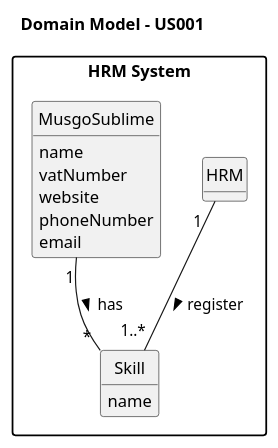
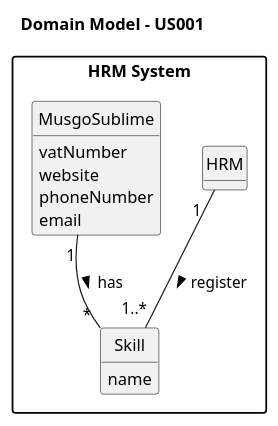
Before and after one commit to SAEmanuel/Green_Spaces_Management_ISEP: the diagram in docs/sprintA/us001/02.analysis/puml/us001-domain-model.puml, drawn with PlantUML. The commit also changed 7 other files, not shown here.

```diff
--- a/docs/sprintA/us001/02.analysis/puml/us001-domain-model.puml
+++ b/docs/sprintA/us001/02.analysis/puml/us001-domain-model.puml
@@ -1,37 +1,36 @@
 @startuml
 
 skinparam monochrome true
 skinparam packageStyle rectangle
 skinparam shadowing false
 
 'left to right direction
 
 title Domain Model - US001
 
 hide circles
 hide methods
 
 package "HRM System" {
 
     class HRM {
     }
 
     class Skill {
         name
     }
 
     class MusgoSublime {
-        name
         vatNumber
         website
         phoneNumber
         email
     }
 
     HRM "1  " -- "1..*" Skill : register >
     MusgoSublime "1" -- "                           *" Skill : has >
 }
 
 
 
 @enduml
```
